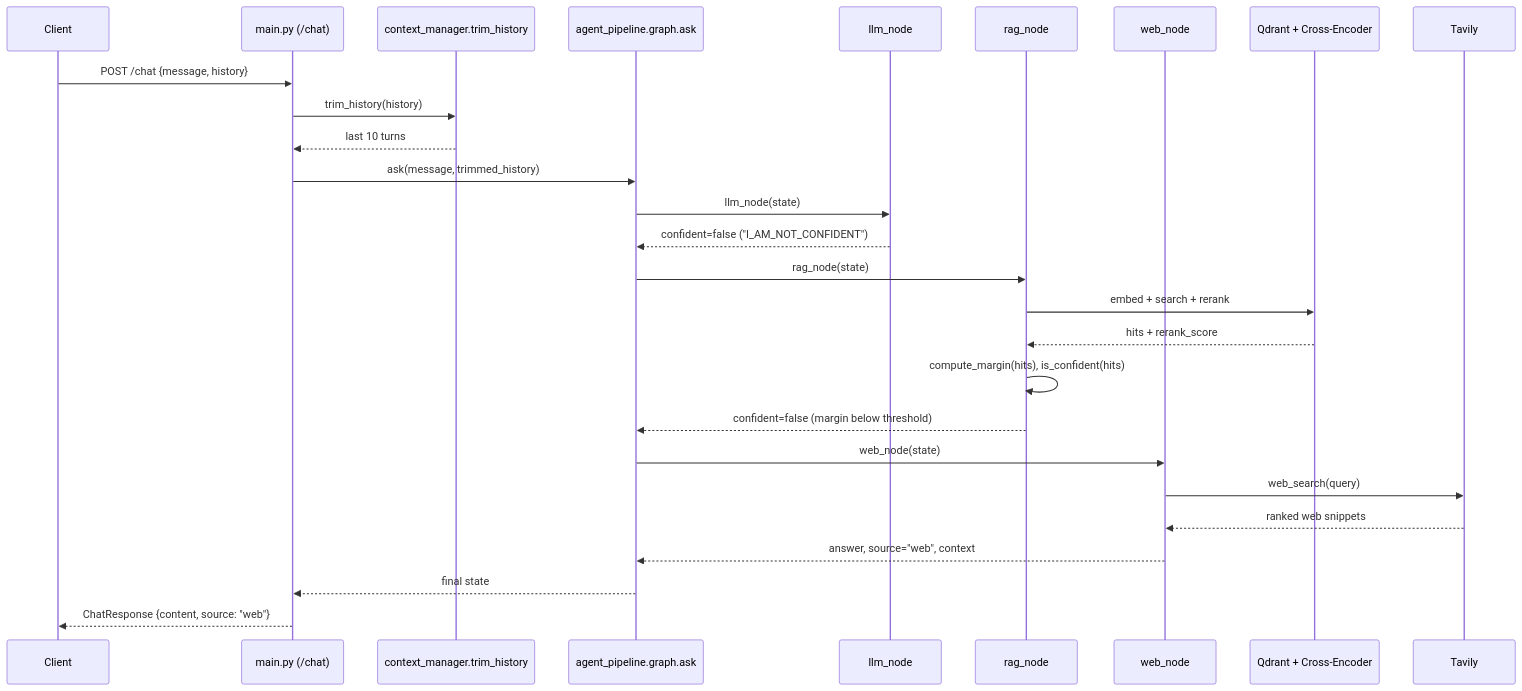
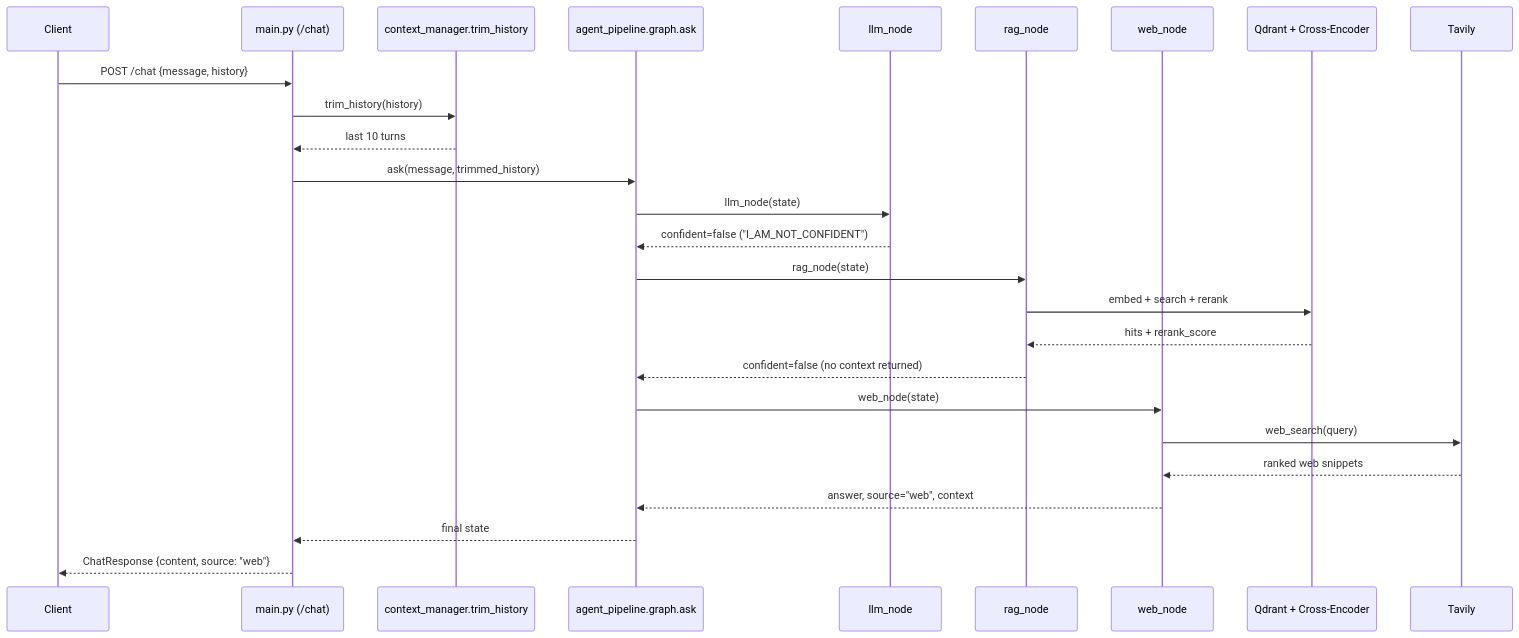
One commit to nour-hatem/AraCheck changed the third of 4 diagrams in README.md. Above: the diagram before and after it, drawn with Mermaid. The commit also changed other lines of this file, not shown here.

````diff
--- a/README.md
+++ b/README.md
@@ -106,30 +161,29 @@
 ```mermaid
 sequenceDiagram
     participant U as Client
     participant M as main.py (/chat)
     participant CM as context_manager.trim_history
     participant G as agent_pipeline.graph.ask
     participant L as llm_node
     participant R as rag_node
     participant W as web_node
     participant Q as Qdrant + Cross-Encoder
     participant T as Tavily
 
     U->>M: POST /chat {message, history}
     M->>CM: trim_history(history)
     CM-->>M: last 10 turns
     M->>G: ask(message, trimmed_history)
     G->>L: llm_node(state)
     L-->>G: confident=false ("I_AM_NOT_CONFIDENT")
     G->>R: rag_node(state)
     R->>Q: embed + search + rerank
     Q-->>R: hits + rerank_score
-    R->>R: compute_margin(hits), is_confident(hits)
-    R-->>G: confident=false (margin below threshold)
+    R-->>G: confident=false (no context returned)
     G->>W: web_node(state)
     W->>T: web_search(query)
     T-->>W: ranked web snippets
     W-->>G: answer, source="web", context
     G-->>M: final state
     M-->>U: ChatResponse {content, source: "web"}
 ```
````
